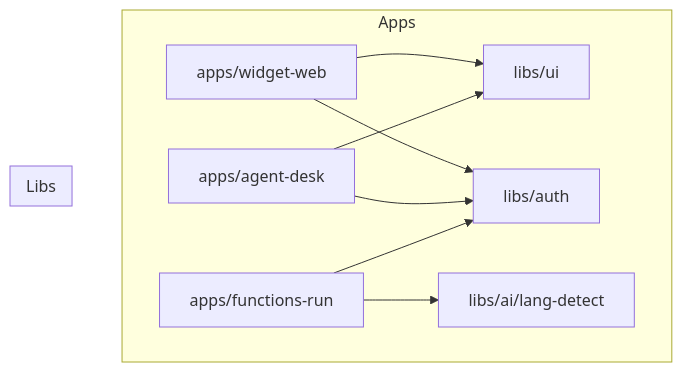
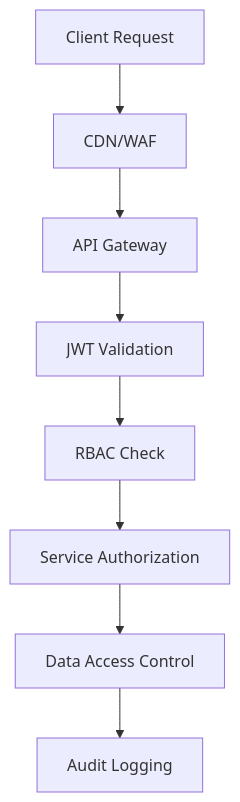
Before and after one commit to SalamBot-Org/salambot-suite: the fourth of 5 diagrams in docs/archi.md, drawn with Mermaid. The commit also changed other lines of this file and 99 other files, not shown here.

````diff
--- a/docs/archi.md
+++ b/docs/archi.md
@@ -5,16 +347,10 @@
 ```mermaid
 graph TD
-    subgraph "Apps"
-        A[apps/widget-web] --> D(libs/ui)
-        A --> E(libs/auth)
-        B[apps/agent-desk] --> D
-        B --> E
-        C[apps/functions-run] --> F(libs/ai/lang-detect)
-        C --> E
-    end
-    subgraph "Libs"
-        D[libs/ui]
-        E[libs/auth]
-        F[libs/ai/lang-detect]
-    end
+    A[Client Request] --> B[CDN/WAF]
+    B --> C[API Gateway]
+    C --> D[JWT Validation]
+    D --> E[RBAC Check]
+    E --> F[Service Authorization]
+    F --> G[Data Access Control]
+    G --> H[Audit Logging]
 ```
````
